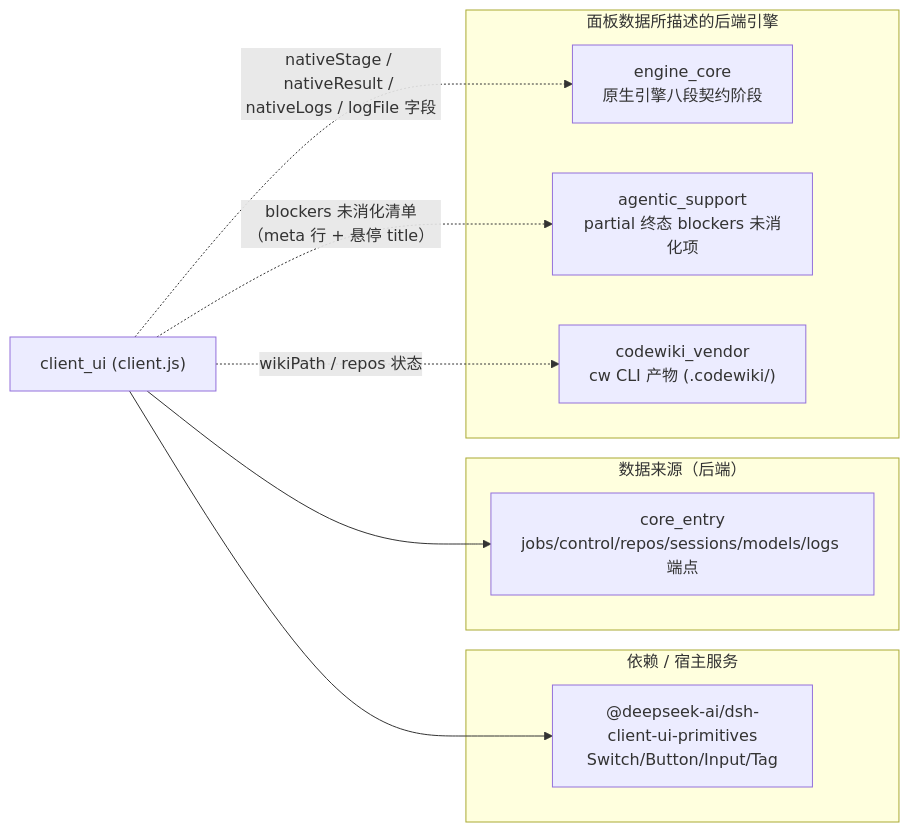
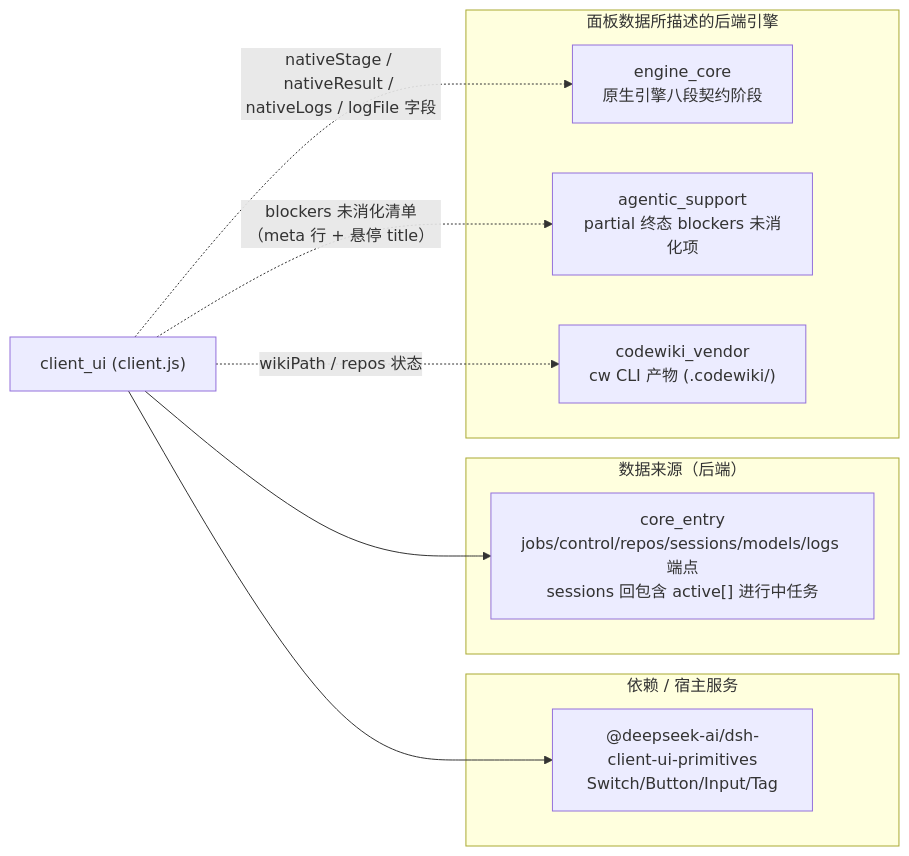
One commit to ikliml666/dsh-codewiki changed the fifth of 5 diagrams in .codewiki/_native-state/docs/client_ui.md. Above: the diagram before and after it, drawn with Mermaid. The commit also changed other lines of this file and 10 other files, not shown here.

````diff
--- a/.codewiki/_native-state/docs/client_ui.md
+++ b/.codewiki/_native-state/docs/client_ui.md
@@ -159,19 +161,19 @@
 ```mermaid
 flowchart LR
     subgraph 依赖["依赖 / 宿主服务"]
         Prim["@deepseek-ai/dsh-client-ui-primitives<br/>Switch/Button/Input/Tag"]
     end
     subgraph 数据["数据来源（后端）"]
-        Core["core_entry<br/>jobs/control/repos/sessions/models/logs 端点"]
+        Core["core_entry<br/>jobs/control/repos/sessions/models/logs 端点<br/>sessions 回包含 active[] 进行中任务"]
     end
     subgraph 渲染["面板数据所描述的后端引擎"]
         Engine["engine_core<br/>原生引擎八段契约阶段"]
         Agent["agentic_support<br/>partial 终态 blockers 未消化项"]
         Vendor["codewiki_vendor<br/>cw CLI 产物 (.codewiki/)"]
     end
     UI["client_ui (client.js)"] --> Prim
     UI --> Core
     UI -. "nativeStage / nativeResult / nativeLogs / logFile 字段" .-> Engine
     UI -. "blockers 未消化清单（meta 行 + 悬停 title）" .-> Agent
     UI -. "wikiPath / repos 状态" .-> Vendor
 ```
````
